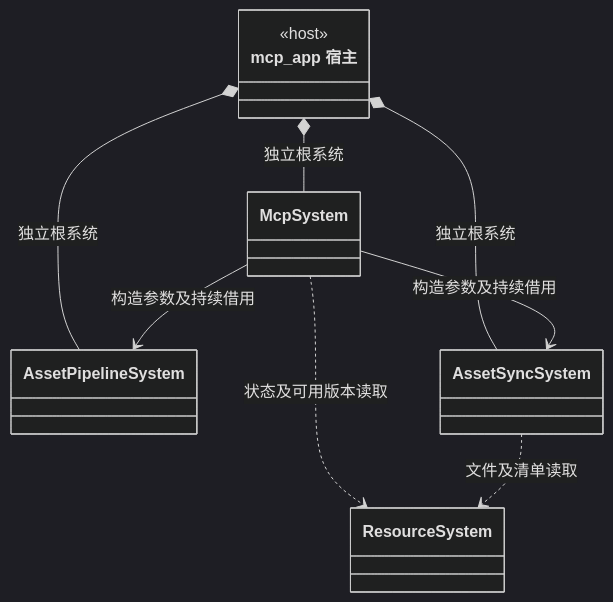
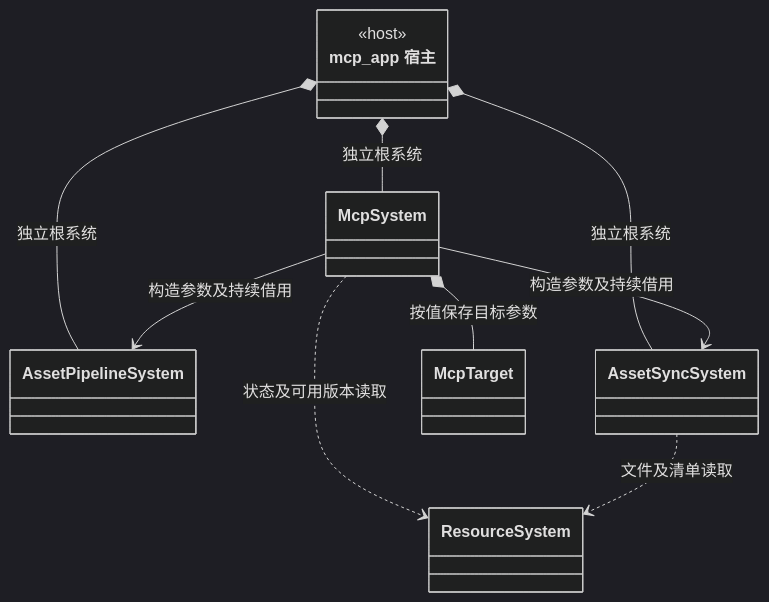
Before and after one commit to lcals/Engine: the ninth of 16 diagrams in docs/class-diagrams/references.md, drawn with Mermaid (dark theme). The commit also changed other lines of this file and 34 other files, not shown here.

````diff
--- a/docs/class-diagrams/references.md
+++ b/docs/class-diagrams/references.md
@@ -232,18 +232,20 @@
 ```mermaid
 classDiagram
     direction TB
     class McpHost["mcp_app 宿主"] {
         <<host>>
     }
     class McpSystem
     class AssetPipelineSystem
     class AssetSyncSystem
     class ResourceSystem
     McpHost *-- AssetPipelineSystem : 独立根系统
     McpHost *-- AssetSyncSystem : 独立根系统
     McpHost *-- McpSystem : 独立根系统
+    class McpTarget
+    McpSystem *-- McpTarget : 按值保存目标参数
     McpSystem --> AssetPipelineSystem : 构造参数及持续借用
     McpSystem --> AssetSyncSystem : 构造参数及持续借用
     McpSystem ..> ResourceSystem : 状态及可用版本读取
     AssetSyncSystem ..> ResourceSystem : 文件及清单读取
 ```
````
